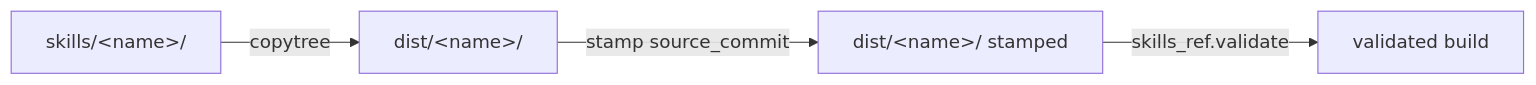
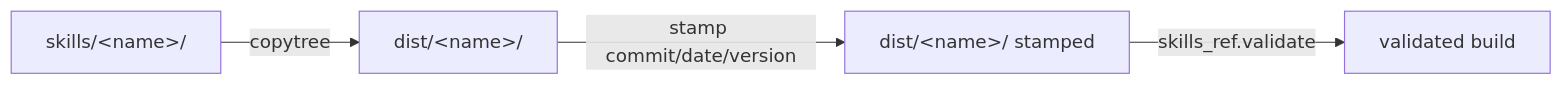
One commit to soliplex/soliplex-skills changed the diagram in docs/mechanisms/building.md. Above: the diagram before and after it, drawn with Mermaid. The commit also changed other lines of this file and 11 other files, not shown here.

First line of the commit message:
feat: stamp date, version (if passed) (#24)

````diff
--- a/docs/mechanisms/building.md
+++ b/docs/mechanisms/building.md
@@ -10,6 +10,6 @@
 ```mermaid
 flowchart LR
     S[skills/&lt;name&gt;/] -->|copytree| D[dist/&lt;name&gt;/]
-    D -->|stamp source_commit| D2[dist/&lt;name&gt;/ stamped]
+    D -->|stamp commit/date/version| D2[dist/&lt;name&gt;/ stamped]
     D2 -->|skills_ref.validate| OK[validated build]
 ```
````
